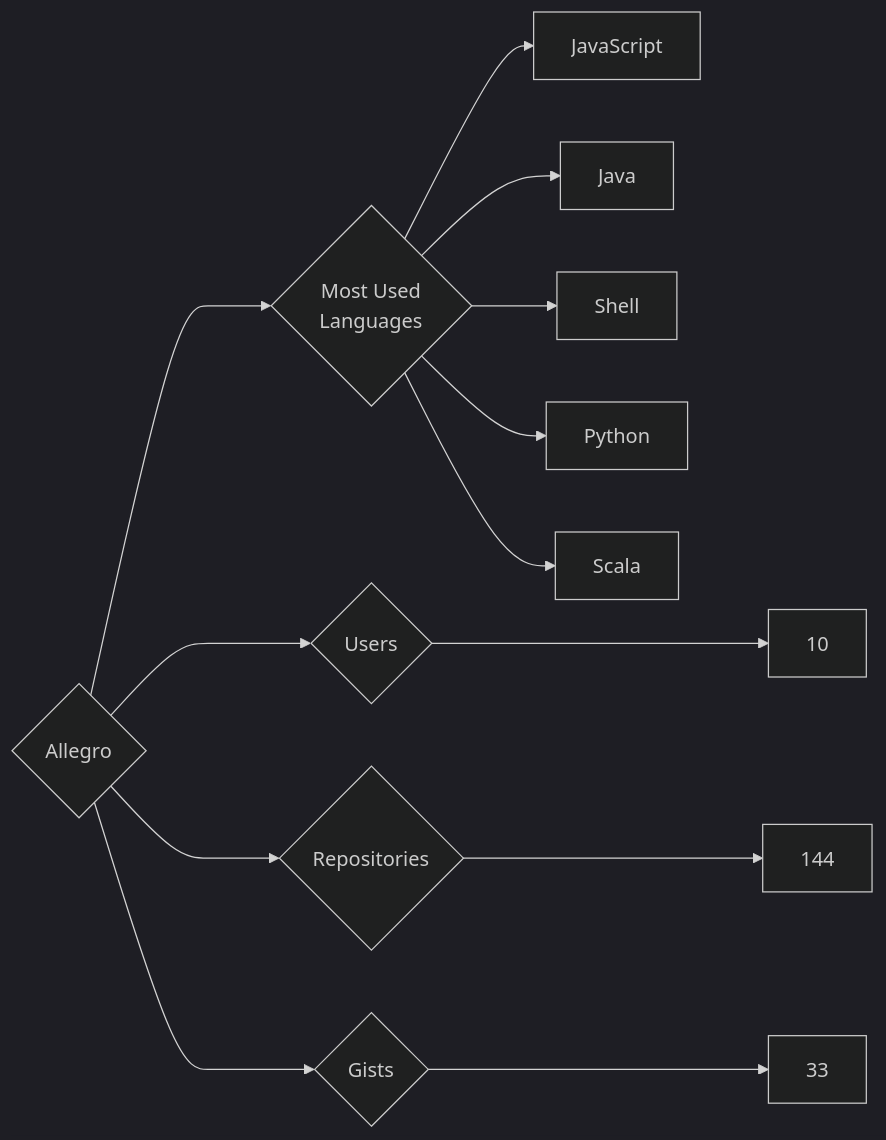
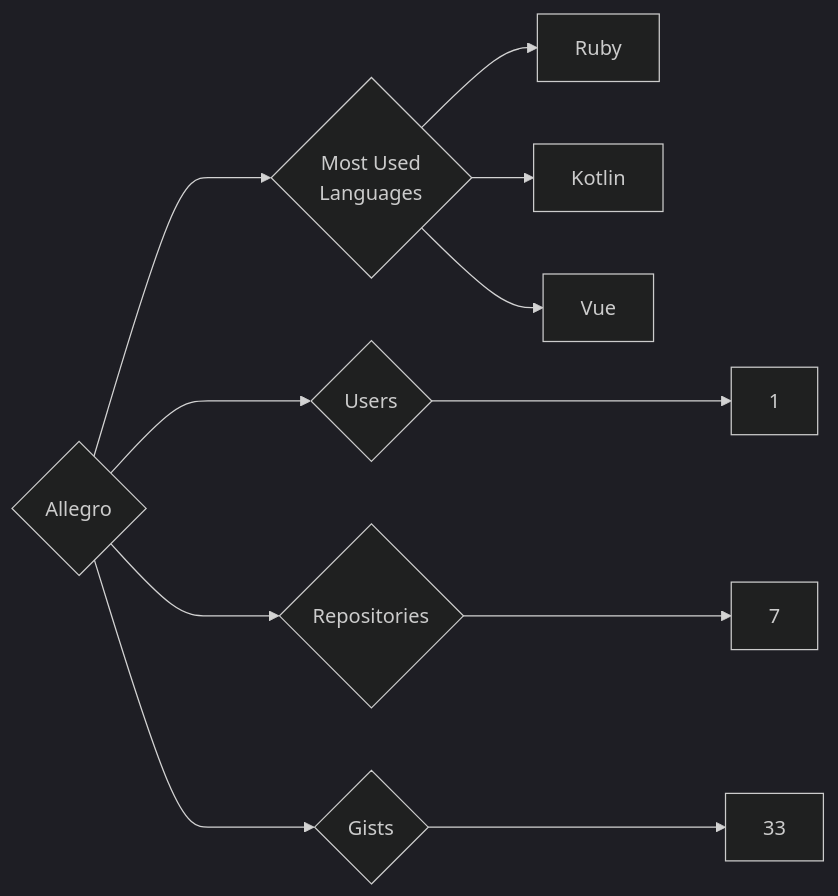
Before and after one commit to trickest/insiders: the diagram in targets/Allegro/README.md, drawn with Mermaid (dark theme). The commit also changed 872 other files, not shown here.

````diff
--- a/targets/Allegro/README.md
+++ b/targets/Allegro/README.md
@@ -3,13 +3,11 @@
 ```mermaid
 graph LR
 COMPANY_NAME{Allegro}
-COMPANY_NAME ---> U{Users} ---> UN[10]
-COMPANY_NAME ---> R{Repositories} ---> RN[144]
+COMPANY_NAME ---> U{Users} ---> UN[1]
+COMPANY_NAME ---> R{Repositories} ---> RN[7]
 COMPANY_NAME ---> G{Gists} ---> GN[33]
 COMPANY_NAME ---> ML{Most Used<br>Languages}
-ML --> JavaScript[JavaScript]
-ML --> Java[Java]
-ML --> Shell[Shell]
-ML --> Python[Python]
-ML --> Scala[Scala]
+ML --> Ruby[Ruby]
+ML --> Kotlin[Kotlin]
+ML --> Vue[Vue]
 ```
````
